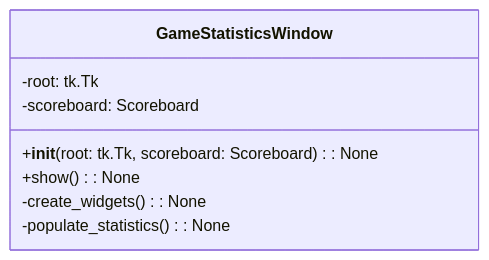
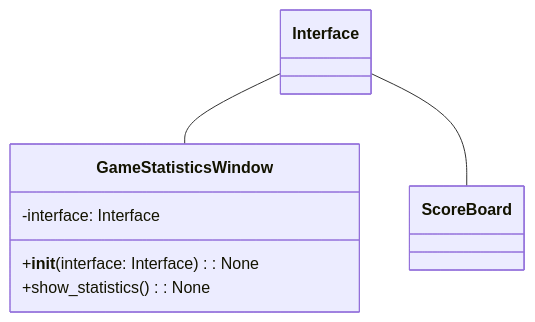
The sixth of 11 diagrams in docs/class_diagrams/init.md (yu8ikmnbgt6y/chatgpt_minesweeper), drawn with Mermaid before and after one commit. The commit also changed other lines of this file and 2 other files, not shown here.

Commit message:
update class diagram

````diff
--- a/docs/class_diagrams/init.md
+++ b/docs/class_diagrams/init.md
@@ -109,11 +158,10 @@
 ```mermaid
 classDiagram
     class GameStatisticsWindow {
-        -root: tk.Tk
-        -scoreboard: Scoreboard
-        +__init__(root: tk.Tk, scoreboard: Scoreboard): None
-        +show(): None
-        -create_widgets(): None
-        -populate_statistics(): None
+        -interface: Interface
+        +__init__(interface: Interface): None
+        +show_statistics(): None
     }
+    Interface -- GameStatisticsWindow
+    Interface -- ScoreBoard
 ```
````
